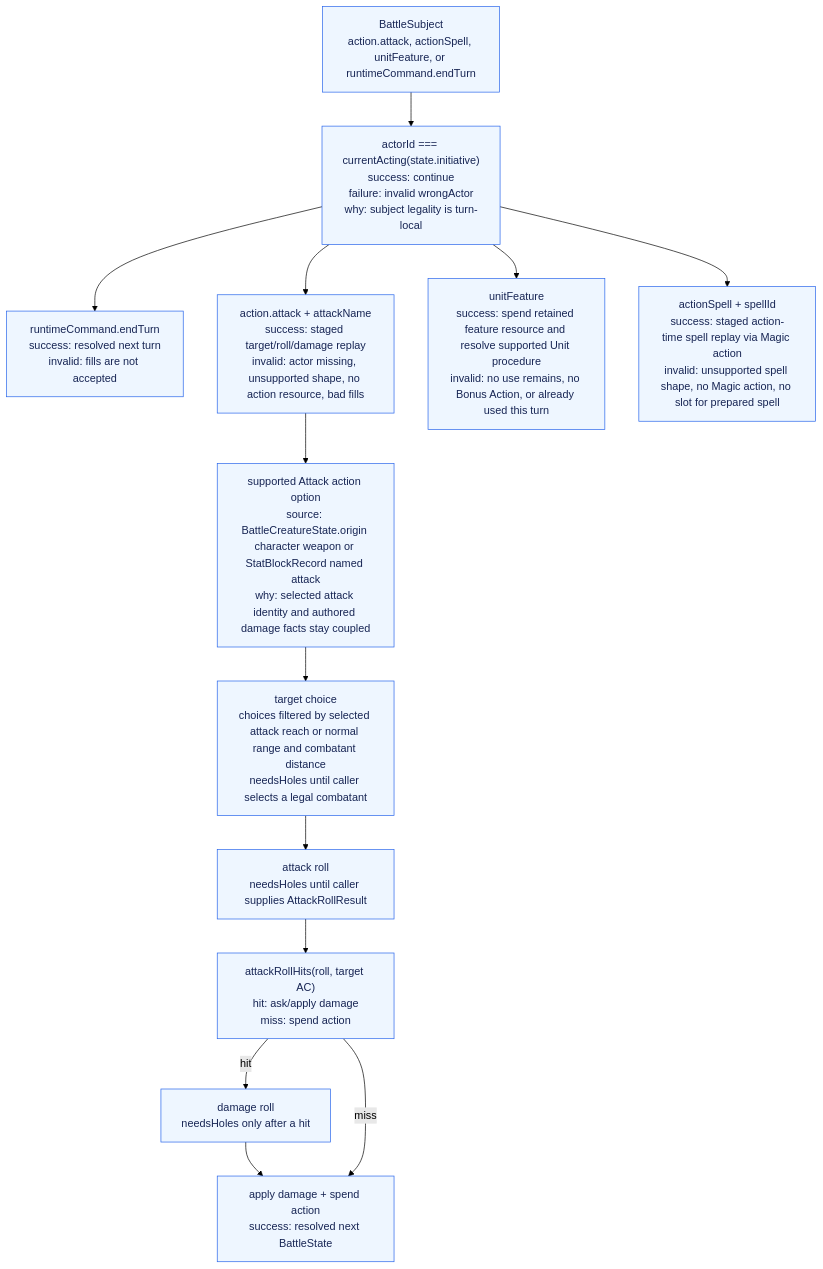
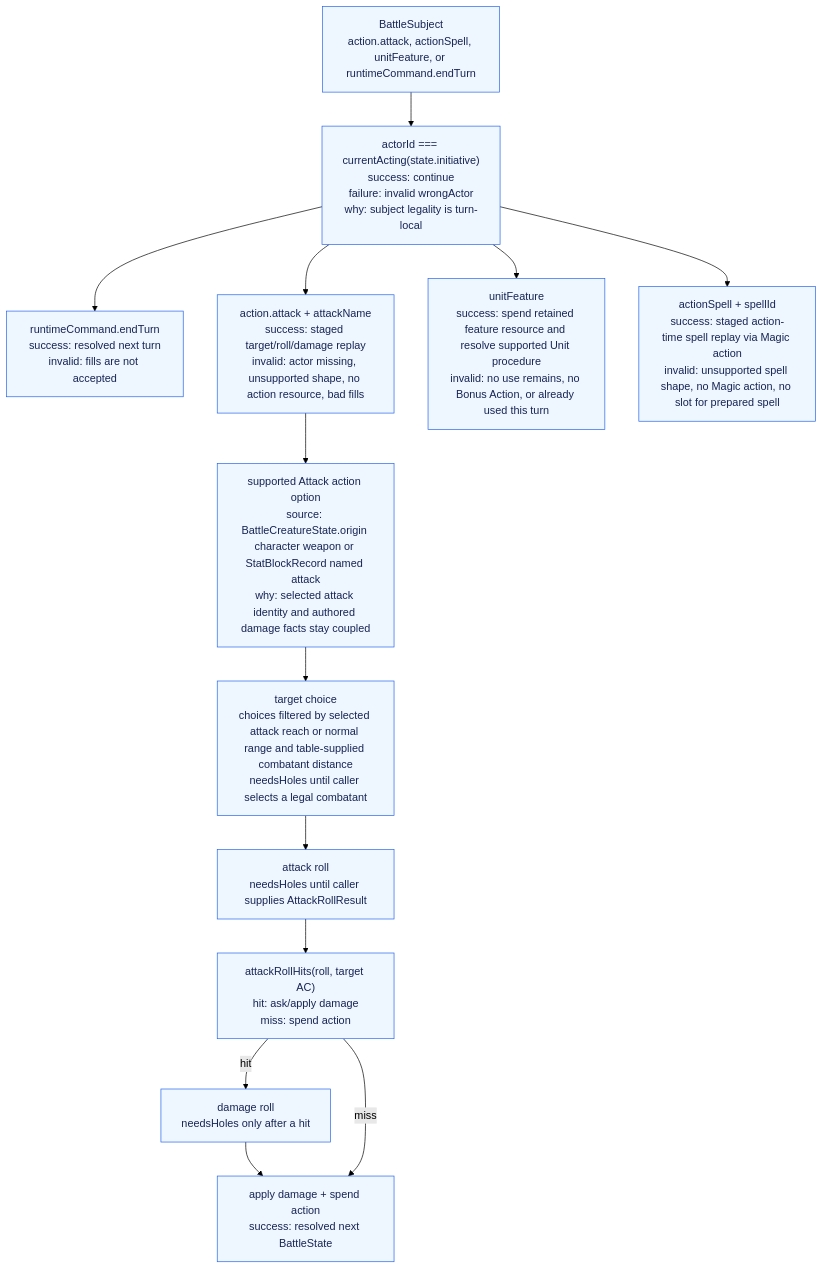
One commit to dearlordylord/5e-quint changed the second of 2 diagrams in packages/battle-runtime/ARCHITECTURE_GRAPH.md. Above: the diagram before and after it, drawn with Mermaid (forest theme). The commit also changed other lines of this file and 14 other files, not shown here.

````diff
--- a/packages/battle-runtime/ARCHITECTURE_GRAPH.md
+++ b/packages/battle-runtime/ARCHITECTURE_GRAPH.md
@@ -100,26 +100,26 @@
 ```mermaid
 flowchart TD
   Subject["BattleSubject<br/>action.attack, actionSpell, unitFeature, or runtimeCommand.endTurn"]
   CurrentActor["actorId === currentActing(state.initiative)<br/>success: continue<br/>failure: invalid wrongActor<br/>why: subject legality is turn-local"]
   EndTurn["runtimeCommand.endTurn<br/>success: resolved next turn<br/>invalid: fills are not accepted"]
   Attack["action.attack + attackName<br/>success: staged target/roll/damage replay<br/>invalid: actor missing, unsupported shape, no action resource, bad fills"]
   UnitFeature["unitFeature<br/>success: spend retained feature resource and resolve supported Unit procedure<br/>invalid: no use remains, no Bonus Action, or already used this turn"]
   Magic["actionSpell + spellId<br/>success: staged action-time spell replay via Magic action<br/>invalid: unsupported spell shape, no Magic action, no slot for prepared spell"]
   AttackOption["supported Attack action option<br/>source: BattleCreatureState.origin character weapon or StatBlockRecord named attack<br/>why: selected attack identity and authored damage facts stay coupled"]
-  Target["target choice<br/>choices filtered by selected attack reach or normal range and combatant distance<br/>needsHoles until caller selects a legal combatant"]
+  Target["target choice<br/>choices filtered by selected attack reach or normal range and table-supplied combatant distance<br/>needsHoles until caller selects a legal combatant"]
   Roll["attack roll<br/>needsHoles until caller supplies AttackRollResult"]
   HitCheck["attackRollHits(roll, target AC)<br/>hit: ask/apply damage<br/>miss: spend action"]
   DamageHole["damage roll<br/>needsHoles only after a hit"]
   Apply["apply damage + spend action<br/>success: resolved next BattleState"]
 
   Subject --> CurrentActor
   CurrentActor --> EndTurn
   CurrentActor --> Attack --> AttackOption --> Target --> Roll --> HitCheck
   CurrentActor --> UnitFeature
   CurrentActor --> Magic
   HitCheck -->|hit| DamageHole --> Apply
   HitCheck -->|miss| Apply
 
   classDef implemented fill:#eef6ff,stroke:#2563eb,color:#172554;
   class Subject,CurrentActor,EndTurn,Attack,UnitFeature,Magic,AttackOption,Target,Roll,HitCheck,DamageHole,Apply implemented;
 ```
````
